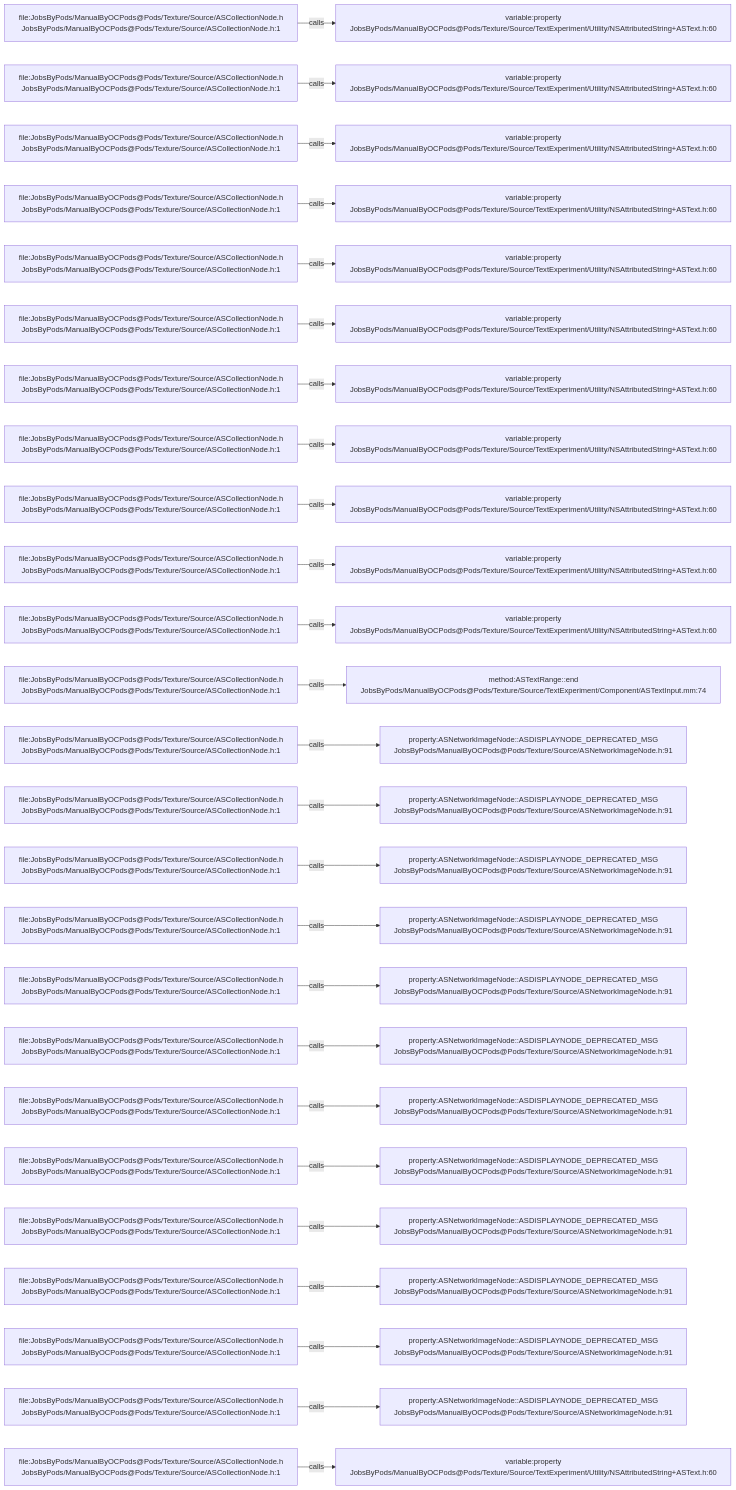
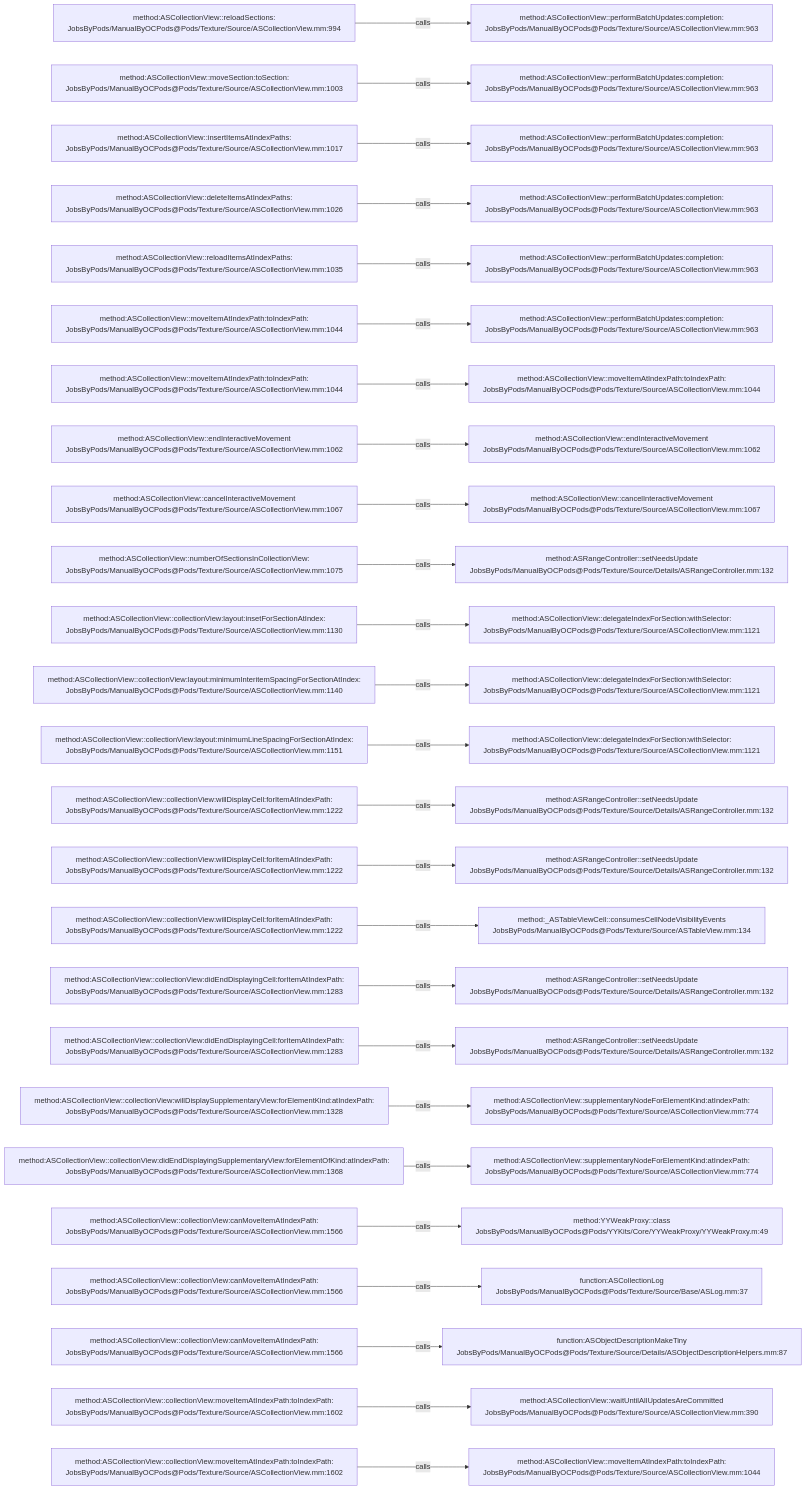
One commit to JobsKits/JobsOCBaseConfigDemo changed the diagram in .codegraph/codegraph.md/graphs/calls-067.md. Above: the diagram before and after it, drawn with Mermaid. The commit also changed 2723 other files, not shown here.

````diff
--- a/.codegraph/codegraph.md/graphs/calls-067.md
+++ b/.codegraph/codegraph.md/graphs/calls-067.md
@@ -13,78 +13,78 @@
 ```mermaid
 flowchart LR
-  S1["file:JobsByPods/ManualByOCPods@Pods/Texture/Source/ASCollectionNode.h<br/>JobsByPods/ManualByOCPods@Pods/Texture/Source/ASCollectionNode.h:1"]
-  T1["variable:property<br/>JobsByPods/ManualByOCPods@Pods/Texture/Source/TextExperiment/Utility/NSAttributedString+ASText.h:60"]
+  S1["method:ASCollectionView::reloadSections:<br/>JobsByPods/ManualByOCPods@Pods/Texture/Source/ASCollectionView.mm:994"]
+  T1["method:ASCollectionView::performBatchUpdates:completion:<br/>JobsByPods/ManualByOCPods@Pods/Texture/Source/ASCollectionView.mm:963"]
   S1 -->|calls| T1
-  S2["file:JobsByPods/ManualByOCPods@Pods/Texture/Source/ASCollectionNode.h<br/>JobsByPods/ManualByOCPods@Pods/Texture/Source/ASCollectionNode.h:1"]
-  T2["variable:property<br/>JobsByPods/ManualByOCPods@Pods/Texture/Source/TextExperiment/Utility/NSAttributedString+ASText.h:60"]
+  S2["method:ASCollectionView::moveSection:toSection:<br/>JobsByPods/ManualByOCPods@Pods/Texture/Source/ASCollectionView.mm:1003"]
+  T2["method:ASCollectionView::performBatchUpdates:completion:<br/>JobsByPods/ManualByOCPods@Pods/Texture/Source/ASCollectionView.mm:963"]
   S2 -->|calls| T2
-  S3["file:JobsByPods/ManualByOCPods@Pods/Texture/Source/ASCollectionNode.h<br/>JobsByPods/ManualByOCPods@Pods/Texture/Source/ASCollectionNode.h:1"]
-  T3["variable:property<br/>JobsByPods/ManualByOCPods@Pods/Texture/Source/TextExperiment/Utility/NSAttributedString+ASText.h:60"]
+  S3["method:ASCollectionView::insertItemsAtIndexPaths:<br/>JobsByPods/ManualByOCPods@Pods/Texture/Source/ASCollectionView.mm:1017"]
+  T3["method:ASCollectionView::performBatchUpdates:completion:<br/>JobsByPods/ManualByOCPods@Pods/Texture/Source/ASCollectionView.mm:963"]
   S3 -->|calls| T3
-  S4["file:JobsByPods/ManualByOCPods@Pods/Texture/Source/ASCollectionNode.h<br/>JobsByPods/ManualByOCPods@Pods/Texture/Source/ASCollectionNode.h:1"]
-  T4["variable:property<br/>JobsByPods/ManualByOCPods@Pods/Texture/Source/TextExperiment/Utility/NSAttributedString+ASText.h:60"]
+  S4["method:ASCollectionView::deleteItemsAtIndexPaths:<br/>JobsByPods/ManualByOCPods@Pods/Texture/Source/ASCollectionView.mm:1026"]
+  T4["method:ASCollectionView::performBatchUpdates:completion:<br/>JobsByPods/ManualByOCPods@Pods/Texture/Source/ASCollectionView.mm:963"]
   S4 -->|calls| T4
-  S5["file:JobsByPods/ManualByOCPods@Pods/Texture/Source/ASCollectionNode.h<br/>JobsByPods/ManualByOCPods@Pods/Texture/Source/ASCollectionNode.h:1"]
-  T5["variable:property<br/>JobsByPods/ManualByOCPods@Pods/Texture/Source/TextExperiment/Utility/NSAttributedString+ASText.h:60"]
+  S5["method:ASCollectionView::reloadItemsAtIndexPaths:<br/>JobsByPods/ManualByOCPods@Pods/Texture/Source/ASCollectionView.mm:1035"]
+  T5["method:ASCollectionView::performBatchUpdates:completion:<br/>JobsByPods/ManualByOCPods@Pods/Texture/Source/ASCollectionView.mm:963"]
   S5 -->|calls| T5
-  S6["file:JobsByPods/ManualByOCPods@Pods/Texture/Source/ASCollectionNode.h<br/>JobsByPods/ManualByOCPods@Pods/Texture/Source/ASCollectionNode.h:1"]
-  T6["variable:property<br/>JobsByPods/ManualByOCPods@Pods/Texture/Source/TextExperiment/Utility/NSAttributedString+ASText.h:60"]
+  S6["method:ASCollectionView::moveItemAtIndexPath:toIndexPath:<br/>JobsByPods/ManualByOCPods@Pods/Texture/Source/ASCollectionView.mm:1044"]
+  T6["method:ASCollectionView::performBatchUpdates:completion:<br/>JobsByPods/ManualByOCPods@Pods/Texture/Source/ASCollectionView.mm:963"]
   S6 -->|calls| T6
-  S7["file:JobsByPods/ManualByOCPods@Pods/Texture/Source/ASCollectionNode.h<br/>JobsByPods/ManualByOCPods@Pods/Texture/Source/ASCollectionNode.h:1"]
-  T7["variable:property<br/>JobsByPods/ManualByOCPods@Pods/Texture/Source/TextExperiment/Utility/NSAttributedString+ASText.h:60"]
+  S7["method:ASCollectionView::moveItemAtIndexPath:toIndexPath:<br/>JobsByPods/ManualByOCPods@Pods/Texture/Source/ASCollectionView.mm:1044"]
+  T7["method:ASCollectionView::moveItemAtIndexPath:toIndexPath:<br/>JobsByPods/ManualByOCPods@Pods/Texture/Source/ASCollectionView.mm:1044"]
   S7 -->|calls| T7
-  S8["file:JobsByPods/ManualByOCPods@Pods/Texture/Source/ASCollectionNode.h<br/>JobsByPods/ManualByOCPods@Pods/Texture/Source/ASCollectionNode.h:1"]
-  T8["variable:property<br/>JobsByPods/ManualByOCPods@Pods/Texture/Source/TextExperiment/Utility/NSAttributedString+ASText.h:60"]
+  S8["method:ASCollectionView::endInteractiveMovement<br/>JobsByPods/ManualByOCPods@Pods/Texture/Source/ASCollectionView.mm:1062"]
+  T8["method:ASCollectionView::endInteractiveMovement<br/>JobsByPods/ManualByOCPods@Pods/Texture/Source/ASCollectionView.mm:1062"]
   S8 -->|calls| T8
-  S9["file:JobsByPods/ManualByOCPods@Pods/Texture/Source/ASCollectionNode.h<br/>JobsByPods/ManualByOCPods@Pods/Texture/Source/ASCollectionNode.h:1"]
-  T9["variable:property<br/>JobsByPods/ManualByOCPods@Pods/Texture/Source/TextExperiment/Utility/NSAttributedString+ASText.h:60"]
+  S9["method:ASCollectionView::cancelInteractiveMovement<br/>JobsByPods/ManualByOCPods@Pods/Texture/Source/ASCollectionView.mm:1067"]
+  T9["method:ASCollectionView::cancelInteractiveMovement<br/>JobsByPods/ManualByOCPods@Pods/Texture/Source/ASCollectionView.mm:1067"]
   S9 -->|calls| T9
-  S10["file:JobsByPods/ManualByOCPods@Pods/Texture/Source/ASCollectionNode.h<br/>JobsByPods/ManualByOCPods@Pods/Texture/Source/ASCollectionNode.h:1"]
-  T10["variable:property<br/>JobsByPods/ManualByOCPods@Pods/Texture/Source/TextExperiment/Utility/NSAttributedString+ASText.h:60"]
+  S10["method:ASCollectionView::numberOfSectionsInCollectionView:<br/>JobsByPods/ManualByOCPods@Pods/Texture/Source/ASCollectionView.mm:1075"]
+  T10["method:ASRangeController::setNeedsUpdate<br/>JobsByPods/ManualByOCPods@Pods/Texture/Source/Details/ASRangeController.mm:132"]
   S10 -->|calls| T10
-  S11["file:JobsByPods/ManualByOCPods@Pods/Texture/Source/ASCollectionNode.h<br/>JobsByPods/ManualByOCPods@Pods/Texture/Source/ASCollectionNode.h:1"]
-  T11["variable:property<br/>JobsByPods/ManualByOCPods@Pods/Texture/Source/TextExperiment/Utility/NSAttributedString+ASText.h:60"]
+  S11["method:ASCollectionView::collectionView:layout:insetForSectionAtIndex:<br/>JobsByPods/ManualByOCPods@Pods/Texture/Source/ASCollectionView.mm:1130"]
+  T11["method:ASCollectionView::delegateIndexForSection:withSelector:<br/>JobsByPods/ManualByOCPods@Pods/Texture/Source/ASCollectionView.mm:1121"]
   S11 -->|calls| T11
-  S12["file:JobsByPods/ManualByOCPods@Pods/Texture/Source/ASCollectionNode.h<br/>JobsByPods/ManualByOCPods@Pods/Texture/Source/ASCollectionNode.h:1"]
-  T12["method:ASTextRange::end<br/>JobsByPods/ManualByOCPods@Pods/Texture/Source/TextExperiment/Component/ASTextInput.mm:74"]
+  S12["method:ASCollectionView::collectionView:layout:minimumInteritemSpacingForSectionAtIndex:<br/>JobsByPods/ManualByOCPods@Pods/Texture/Source/ASCollectionView.mm:1140"]
+  T12["method:ASCollectionView::delegateIndexForSection:withSelector:<br/>JobsByPods/ManualByOCPods@Pods/Texture/Source/ASCollectionView.mm:1121"]
   S12 -->|calls| T12
-  S13["file:JobsByPods/ManualByOCPods@Pods/Texture/Source/ASCollectionNode.h<br/>JobsByPods/ManualByOCPods@Pods/Texture/Source/ASCollectionNode.h:1"]
-  T13["property:ASNetworkImageNode::ASDISPLAYNODE_DEPRECATED_MSG<br/>JobsByPods/ManualByOCPods@Pods/Texture/Source/ASNetworkImageNode.h:91"]
+  S13["method:ASCollectionView::collectionView:layout:minimumLineSpacingForSectionAtIndex:<br/>JobsByPods/ManualByOCPods@Pods/Texture/Source/ASCollectionView.mm:1151"]
+  T13["method:ASCollectionView::delegateIndexForSection:withSelector:<br/>JobsByPods/ManualByOCPods@Pods/Texture/Source/ASCollectionView.mm:1121"]
   S13 -->|calls| T13
-  S14["file:JobsByPods/ManualByOCPods@Pods/Texture/Source/ASCollectionNode.h<br/>JobsByPods/ManualByOCPods@Pods/Texture/Source/ASCollectionNode.h:1"]
-  T14["property:ASNetworkImageNode::ASDISPLAYNODE_DEPRECATED_MSG<br/>JobsByPods/ManualByOCPods@Pods/Texture/Source/ASNetworkImageNode.h:91"]
+  S14["method:ASCollectionView::collectionView:willDisplayCell:forItemAtIndexPath:<br/>JobsByPods/ManualByOCPods@Pods/Texture/Source/ASCollectionView.mm:1222"]
+  T14["method:ASRangeController::setNeedsUpdate<br/>JobsByPods/ManualByOCPods@Pods/Texture/Source/Details/ASRangeController.mm:132"]
   S14 -->|calls| T14
-  S15["file:JobsByPods/ManualByOCPods@Pods/Texture/Source/ASCollectionNode.h<br/>JobsByPods/ManualByOCPods@Pods/Texture/Source/ASCollectionNode.h:1"]
-  T15["property:ASNetworkImageNode::ASDISPLAYNODE_DEPRECATED_MSG<br/>JobsByPods/ManualByOCPods@Pods/Texture/Source/ASNetworkImageNode.h:91"]
+  S15["method:ASCollectionView::collectionView:willDisplayCell:forItemAtIndexPath:<br/>JobsByPods/ManualByOCPods@Pods/Texture/Source/ASCollectionView.mm:1222"]
+  T15["method:ASRangeController::setNeedsUpdate<br/>JobsByPods/ManualByOCPods@Pods/Texture/Source/Details/ASRangeController.mm:132"]
   S15 -->|calls| T15
-  S16["file:JobsByPods/ManualByOCPods@Pods/Texture/Source/ASCollectionNode.h<br/>JobsByPods/ManualByOCPods@Pods/Texture/Source/ASCollectionNode.h:1"]
-  T16["property:ASNetworkImageNode::ASDISPLAYNODE_DEPRECATED_MSG<br/>JobsByPods/ManualByOCPods@Pods/Texture/Source/ASNetworkImageNode.h:91"]
+  S16["method:ASCollectionView::collectionView:willDisplayCell:forItemAtIndexPath:<br/>JobsByPods/ManualByOCPods@Pods/Texture/Source/ASCollectionView.mm:1222"]
+  T16["method:_ASTableViewCell::consumesCellNodeVisibilityEvents<br/>JobsByPods/ManualByOCPods@Pods/Texture/Source/ASTableView.mm:134"]
   S16 -->|calls| T16
-  S17["file:JobsByPods/ManualByOCPods@Pods/Texture/Source/ASCollectionNode.h<br/>JobsByPods/ManualByOCPods@Pods/Texture/Source/ASCollectionNode.h:1"]
-  T17["property:ASNetworkImageNode::ASDISPLAYNODE_DEPRECATED_MSG<br/>JobsByPods/ManualByOCPods@Pods/Texture/Source/ASNetworkImageNode.h:91"]
+  S17["method:ASCollectionView::collectionView:didEndDisplayingCell:forItemAtIndexPath:<br/>JobsByPods/ManualByOCPods@Pods/Texture/Source/ASCollectionView.mm:1283"]
+  T17["method:ASRangeController::setNeedsUpdate<br/>JobsByPods/ManualByOCPods@Pods/Texture/Source/Details/ASRangeController.mm:132"]
   S17 -->|calls| T17
-  S18["file:JobsByPods/ManualByOCPods@Pods/Texture/Source/ASCollectionNode.h<br/>JobsByPods/ManualByOCPods@Pods/Texture/Source/ASCollectionNode.h:1"]
-  T18["property:ASNetworkImageNode::ASDISPLAYNODE_DEPRECATED_MSG<br/>JobsByPods/ManualByOCPods@Pods/Texture/Source/ASNetworkImageNode.h:91"]
+  S18["method:ASCollectionView::collectionView:didEndDisplayingCell:forItemAtIndexPath:<br/>JobsByPods/ManualByOCPods@Pods/Texture/Source/ASCollectionView.mm:1283"]
+  T18["method:ASRangeController::setNeedsUpdate<br/>JobsByPods/ManualByOCPods@Pods/Texture/Source/Details/ASRangeController.mm:132"]
   S18 -->|calls| T18
-  S19["file:JobsByPods/ManualByOCPods@Pods/Texture/Source/ASCollectionNode.h<br/>JobsByPods/ManualByOCPods@Pods/Texture/Source/ASCollectionNode.h:1"]
-  T19["property:ASNetworkImageNode::ASDISPLAYNODE_DEPRECATED_MSG<br/>JobsByPods/ManualByOCPods@Pods/Texture/Source/ASNetworkImageNode.h:91"]
+  S19["method:ASCollectionView::collectionView:willDisplaySupplementaryView:forElementKind:atIndexPath:<br/>JobsByPods/ManualByOCPods@Pods/Texture/Source/ASCollectionView.mm:1328"]
+  T19["method:ASCollectionView::supplementaryNodeForElementKind:atIndexPath:<br/>JobsByPods/ManualByOCPods@Pods/Texture/Source/ASCollectionView.mm:774"]
   S19 -->|calls| T19
-  S20["file:JobsByPods/ManualByOCPods@Pods/Texture/Source/ASCollectionNode.h<br/>JobsByPods/ManualByOCPods@Pods/Texture/Source/ASCollectionNode.h:1"]
-  T20["property:ASNetworkImageNode::ASDISPLAYNODE_DEPRECATED_MSG<br/>JobsByPods/ManualByOCPods@Pods/Texture/Source/ASNetworkImageNode.h:91"]
+  S20["method:ASCollectionView::collectionView:didEndDisplayingSupplementaryView:forElementOfKind:atIndexPath:<br/>JobsByPods/ManualByOCPods@Pods/Texture/Source/ASCollectionView.mm:1368"]
+  T20["method:ASCollectionView::supplementaryNodeForElementKind:atIndexPath:<br/>JobsByPods/ManualByOCPods@Pods/Texture/Source/ASCollectionView.mm:774"]
   S20 -->|calls| T20
-  S21["file:JobsByPods/ManualByOCPods@Pods/Texture/Source/ASCollectionNode.h<br/>JobsByPods/ManualByOCPods@Pods/Texture/Source/ASCollectionNode.h:1"]
-  T21["property:ASNetworkImageNode::ASDISPLAYNODE_DEPRECATED_MSG<br/>JobsByPods/ManualByOCPods@Pods/Texture/Source/ASNetworkImageNode.h:91"]
+  S21["method:ASCollectionView::collectionView:canMoveItemAtIndexPath:<br/>JobsByPods/ManualByOCPods@Pods/Texture/Source/ASCollectionView.mm:1566"]
+  T21["method:YYWeakProxy::class<br/>JobsByPods/ManualByOCPods@Pods/YYKits/Core/YYWeakProxy/YYWeakProxy.m:49"]
   S21 -->|calls| T21
-  S22["file:JobsByPods/ManualByOCPods@Pods/Texture/Source/ASCollectionNode.h<br/>JobsByPods/ManualByOCPods@Pods/Texture/Source/ASCollectionNode.h:1"]
-  T22["property:ASNetworkImageNode::ASDISPLAYNODE_DEPRECATED_MSG<br/>JobsByPods/ManualByOCPods@Pods/Texture/Source/ASNetworkImageNode.h:91"]
+  S22["method:ASCollectionView::collectionView:canMoveItemAtIndexPath:<br/>JobsByPods/ManualByOCPods@Pods/Texture/Source/ASCollectionView.mm:1566"]
+  T22["function:ASCollectionLog<br/>JobsByPods/ManualByOCPods@Pods/Texture/Source/Base/ASLog.mm:37"]
   S22 -->|calls| T22
-  S23["file:JobsByPods/ManualByOCPods@Pods/Texture/Source/ASCollectionNode.h<br/>JobsByPods/ManualByOCPods@Pods/Texture/Source/ASCollectionNode.h:1"]
-  T23["property:ASNetworkImageNode::ASDISPLAYNODE_DEPRECATED_MSG<br/>JobsByPods/ManualByOCPods@Pods/Texture/Source/ASNetworkImageNode.h:91"]
+  S23["method:ASCollectionView::collectionView:canMoveItemAtIndexPath:<br/>JobsByPods/ManualByOCPods@Pods/Texture/Source/ASCollectionView.mm:1566"]
+  T23["function:ASObjectDescriptionMakeTiny<br/>JobsByPods/ManualByOCPods@Pods/Texture/Source/Details/ASObjectDescriptionHelpers.mm:87"]
   S23 -->|calls| T23
-  S24["file:JobsByPods/ManualByOCPods@Pods/Texture/Source/ASCollectionNode.h<br/>JobsByPods/ManualByOCPods@Pods/Texture/Source/ASCollectionNode.h:1"]
-  T24["property:ASNetworkImageNode::ASDISPLAYNODE_DEPRECATED_MSG<br/>JobsByPods/ManualByOCPods@Pods/Texture/Source/ASNetworkImageNode.h:91"]
+  S24["method:ASCollectionView::collectionView:moveItemAtIndexPath:toIndexPath:<br/>JobsByPods/ManualByOCPods@Pods/Texture/Source/ASCollectionView.mm:1602"]
+  T24["method:ASCollectionView::waitUntilAllUpdatesAreCommitted<br/>JobsByPods/ManualByOCPods@Pods/Texture/Source/ASCollectionView.mm:390"]
   S24 -->|calls| T24
-  S25["file:JobsByPods/ManualByOCPods@Pods/Texture/Source/ASCollectionNode.h<br/>JobsByPods/ManualByOCPods@Pods/Texture/Source/ASCollectionNode.h:1"]
-  T25["variable:property<br/>JobsByPods/ManualByOCPods@Pods/Texture/Source/TextExperiment/Utility/NSAttributedString+ASText.h:60"]
+  S25["method:ASCollectionView::collectionView:moveItemAtIndexPath:toIndexPath:<br/>JobsByPods/ManualByOCPods@Pods/Texture/Source/ASCollectionView.mm:1602"]
+  T25["method:ASCollectionView::moveItemAtIndexPath:toIndexPath:<br/>JobsByPods/ManualByOCPods@Pods/Texture/Source/ASCollectionView.mm:1044"]
   S25 -->|calls| T25
 ```
````
